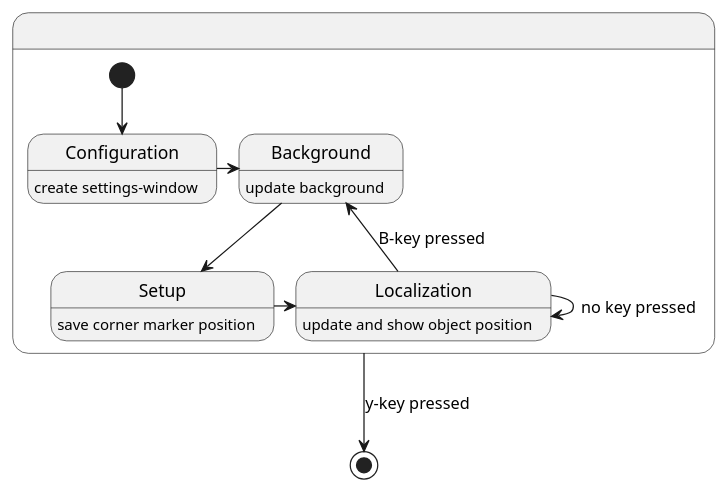
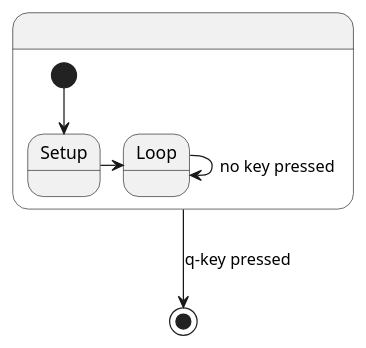
Before and after one commit to NewTec-GmbH/SpaceShipRadar: the diagram in doc/uml/state.puml, drawn with PlantUML. The commit also changed 19 other files, not shown here.

```diff
--- a/doc/uml/state.puml
+++ b/doc/uml/state.puml
@@ -1,24 +1,15 @@
 @startuml state
 ' skinparam monochrome true
 
 state .{
-state Configuration
-Configuration : create settings-window
-state Background
-Background : update background
 state Setup
-Setup : save corner marker position
-state Localization
-Localization : update and show object position
+state "Loop" as lp
 
-[*] --> Configuration
-Configuration -> Background
-Background --> Setup
-Setup -> Localization
-Localization -> Background : B-key pressed
-Localization -> Localization : no key pressed
+[*] --> Setup
+Setup -> lp
+lp -> lp: no key pressed
 }
 
-. --> [*] : y-key pressed
+. --> [*] : q-key pressed
 
 @enduml
```
